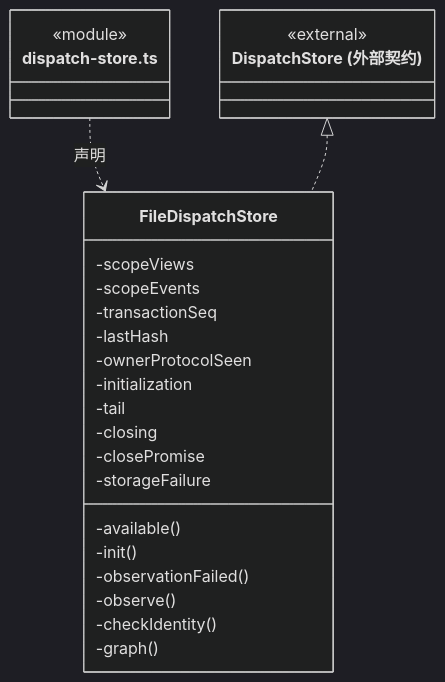
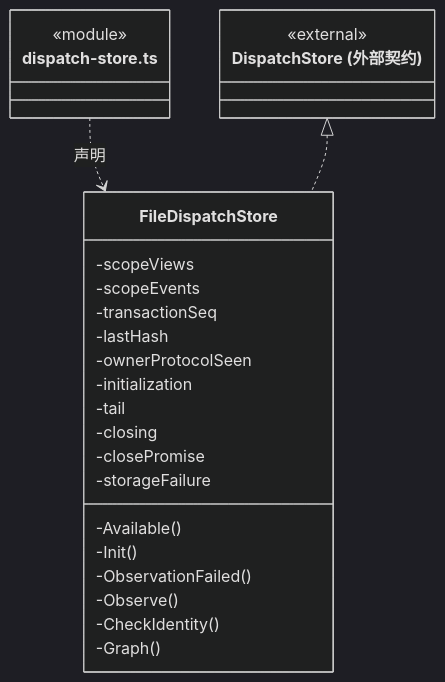
Before and after one commit to nan023062/cbim: the second of 4 diagrams in src/logic/dispatch/storage/ARCHITECTURE.md, drawn with Mermaid (dark theme). The commit also changed other lines of this file and 1035 other files, not shown here.

````diff
--- a/src/logic/dispatch/storage/ARCHITECTURE.md
+++ b/src/logic/dispatch/storage/ARCHITECTURE.md
@@ -75,29 +75,29 @@
 ```mermaid
 classDiagram
 class N_src_logic_dispatch_storage_dispatch_store_ts["dispatch-store.ts"] {
   <<module>>
 }
 class N_src_logic_dispatch_storage_dispatch_store_ts_FileDispatchStore["FileDispatchStore"] {
   -scopeViews
   -scopeEvents
   -transactionSeq
   -lastHash
   -ownerProtocolSeen
   -initialization
   -tail
   -closing
   -closePromise
   -storageFailure
-  -available()
-  -init()
-  -observationFailed()
-  -observe()
-  -checkIdentity()
-  -graph()
+  -Available()
+  -Init()
+  -ObservationFailed()
+  -Observe()
+  -CheckIdentity()
+  -Graph()
 }
 N_src_logic_dispatch_storage_dispatch_store_ts ..> N_src_logic_dispatch_storage_dispatch_store_ts_FileDispatchStore : 声明
 class N_src_logic_dispatch_storage_dispatch_store_ts_external_DispatchStore["DispatchStore (外部契约)"] {
   <<external>>
 }
 N_src_logic_dispatch_storage_dispatch_store_ts_external_DispatchStore <|.. N_src_logic_dispatch_storage_dispatch_store_ts_FileDispatchStore
 ```
````
